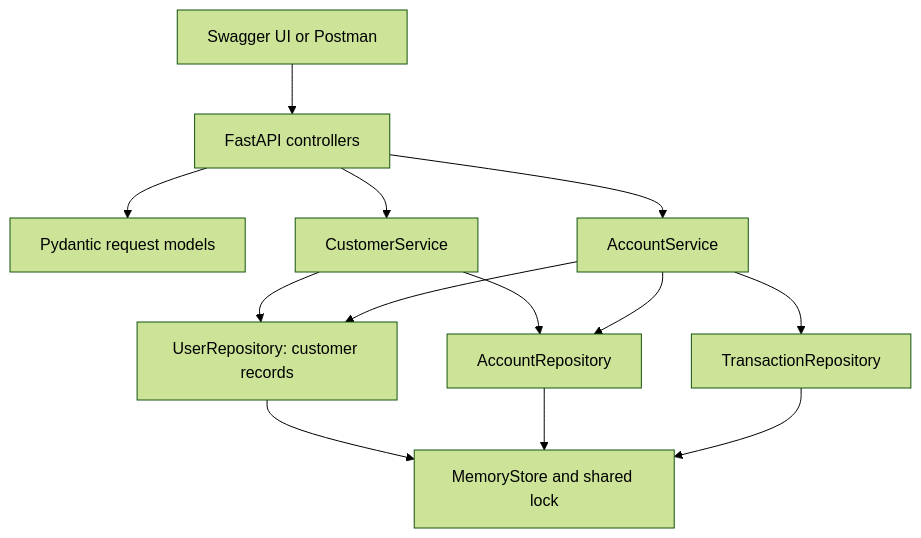
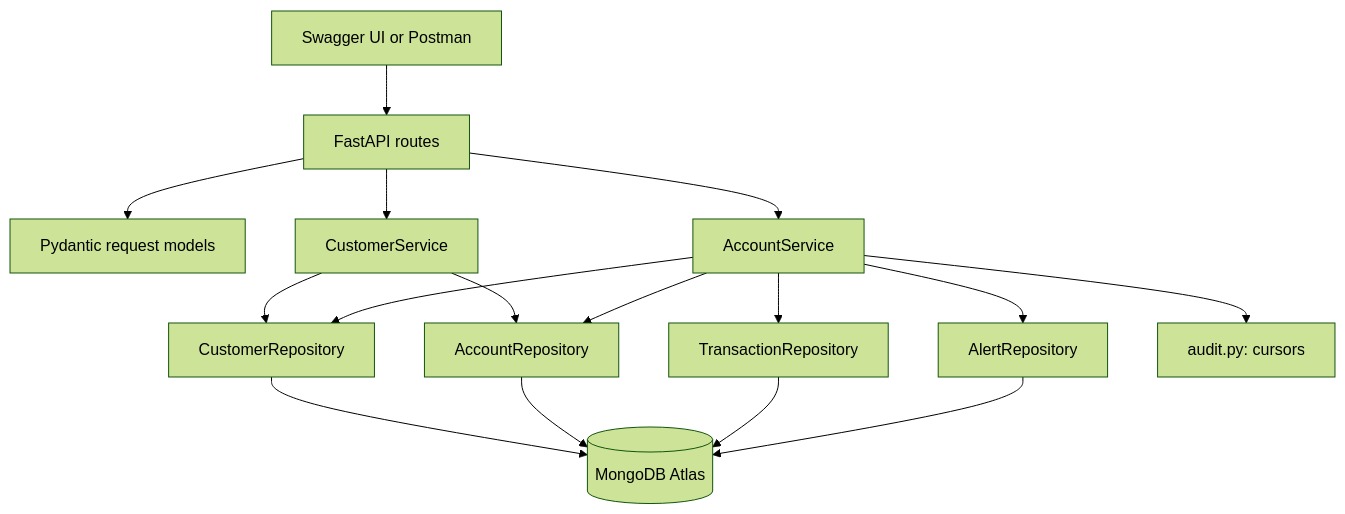
One commit to RootMoataz/Banking-App changed the second of 2 diagrams in docs/dependencies.md. Above: the diagram before and after it, drawn with Mermaid (forest theme). The commit also changed other lines of this file and 4 other files, not shown here.

First line of the commit message:
Update Postman collection and documentation for Atlas

````diff
--- a/docs/dependencies.md
+++ b/docs/dependencies.md
@@ -42,15 +67,18 @@
 ```mermaid
 flowchart TD
-    Swagger[Swagger UI or Postman] --> Routes[FastAPI controllers]
+    Swagger[Swagger UI or Postman] --> Routes[FastAPI routes]
     Routes --> Validation[Pydantic request models]
     Routes --> Customers[CustomerService]
     Routes --> Accounts[AccountService]
-    Customers --> Users[UserRepository: customer records]
+    Customers --> CustomerRepo[CustomerRepository]
     Customers --> AccountRepo[AccountRepository]
-    Accounts --> Users
+    Accounts --> CustomerRepo
     Accounts --> AccountRepo
     Accounts --> Transactions[TransactionRepository]
-    Users --> Memory[MemoryStore and shared lock]
-    AccountRepo --> Memory
-    Transactions --> Memory
+    Accounts --> Alerts[AlertRepository]
+    Accounts --> Audit[audit.py: cursors]
+    CustomerRepo --> Mongo[(MongoDB Atlas)]
+    AccountRepo --> Mongo
+    Transactions --> Mongo
+    Alerts --> Mongo
 ```
````
